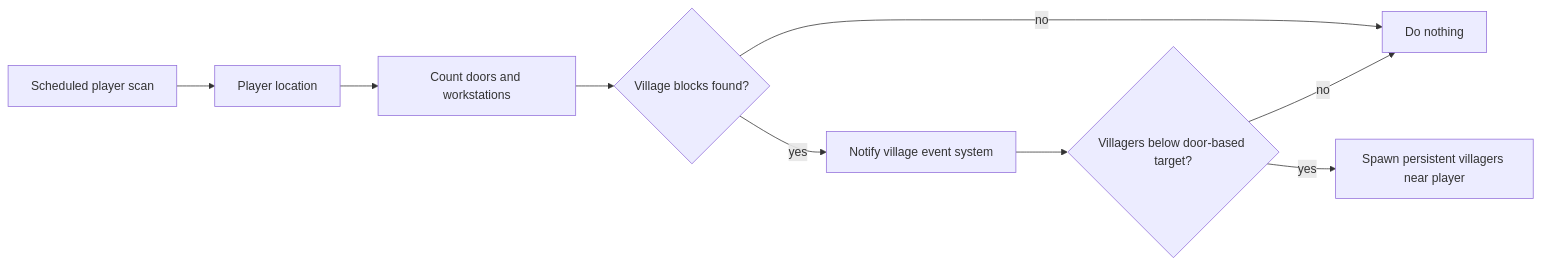
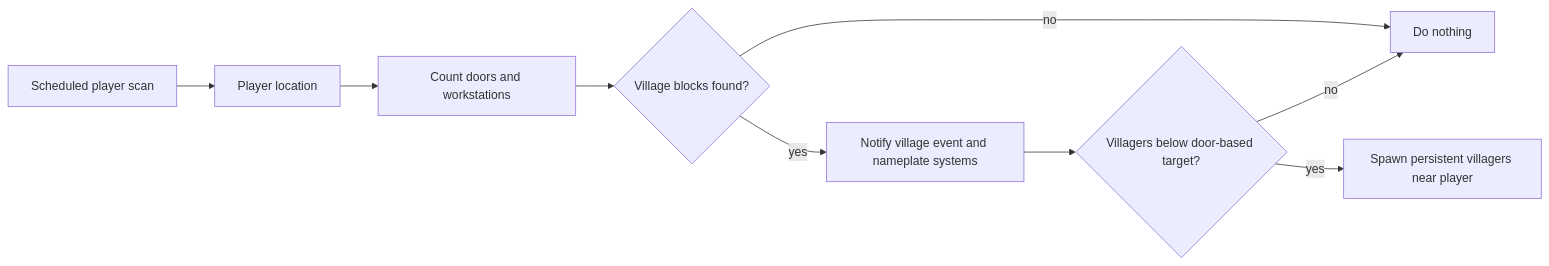
Before and after one commit to adeptum-labs/questai: the third of 3 diagrams in README.md, drawn with Mermaid. The commit also changed other lines of this file and 6 other files, not shown here.

````diff
--- a/README.md
+++ b/README.md
@@ -188,11 +188,11 @@
 ```mermaid
 flowchart LR
 	PlayerTick[Scheduled player scan] --> Location[Player location]
 	Location --> Blocks[Count doors and workstations]
 	Blocks --> EnoughBlocks{Village blocks found?}
 	EnoughBlocks -- no --> Stop[Do nothing]
-	EnoughBlocks -- yes --> Events[Notify village event system]
+	EnoughBlocks -- yes --> Events[Notify village event and nameplate systems]
 	Events --> Spawn{Villagers below door-based target?}
 	Spawn -- no --> Stop
 	Spawn -- yes --> Create[Spawn persistent villagers near player]
 ```
````
